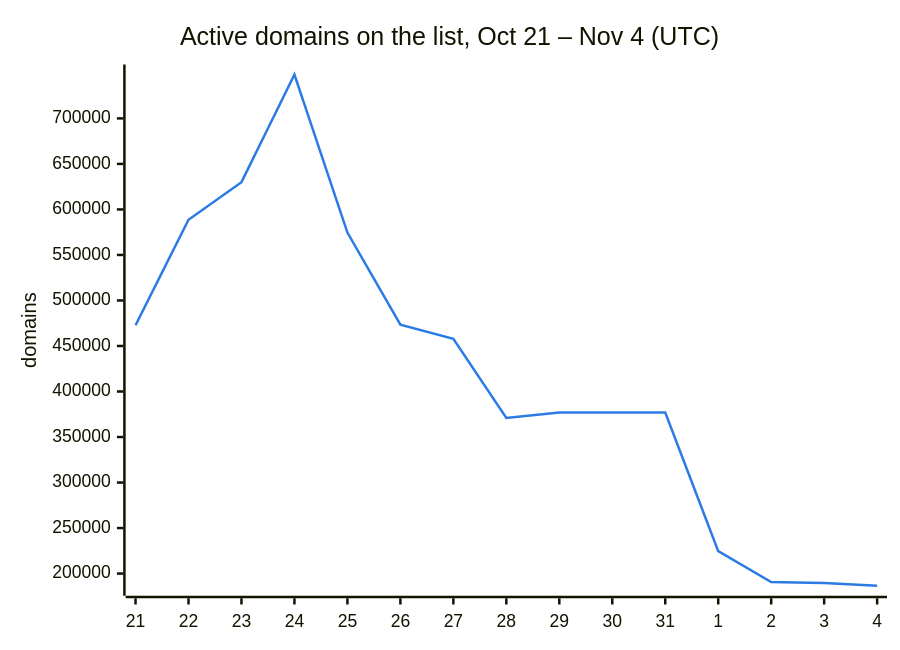
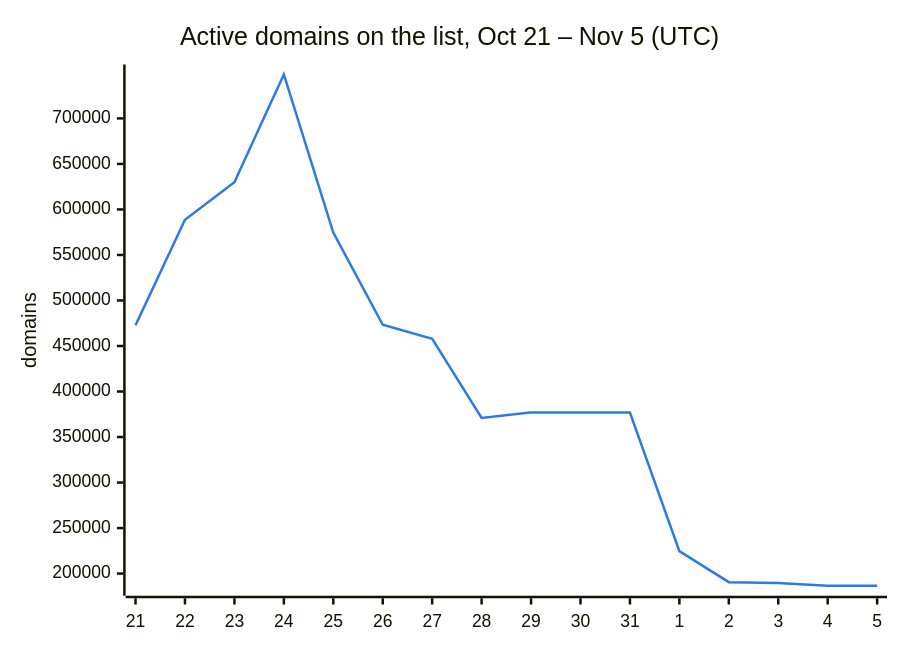
One commit to DNSBunker/CTI changed the second of 3 diagrams in README.md. Above: the diagram before and after it, drawn with Mermaid. The commit also changed other lines of this file and 3 other files, not shown here.

First line of the commit message:
Update 2026-11-05 00:09 UTC: 186651 domains

````diff
--- a/README.md
+++ b/README.md
@@ -38,8 +38,8 @@
 ```mermaid
 %%{init: {"themeVariables": {"xyChart": {"plotColorPalette": "#2c7be5"}}}}%%
 xychart-beta
-    title "Active domains on the list, Oct 21 – Nov 4 (UTC)"
-    x-axis ["21", "22", "23", "24", "25", "26", "27", "28", "29", "30", "31", "1", "2", "3", "4"]
+    title "Active domains on the list, Oct 21 – Nov 5 (UTC)"
+    x-axis ["21", "22", "23", "24", "25", "26", "27", "28", "29", "30", "31", "1", "2", "3", "4", "5"]
     y-axis "domains"
-    line [472713, 588659, 629951, 748222, 574614, 473331, 457795, 371010, 376945, 376945, 376945, 224607, 190603, 189609, 186618]
+    line [472713, 588659, 629951, 748222, 574614, 473331, 457795, 371010, 376945, 376945, 376945, 224607, 190603, 189609, 186630, 186651]
 ```
````
